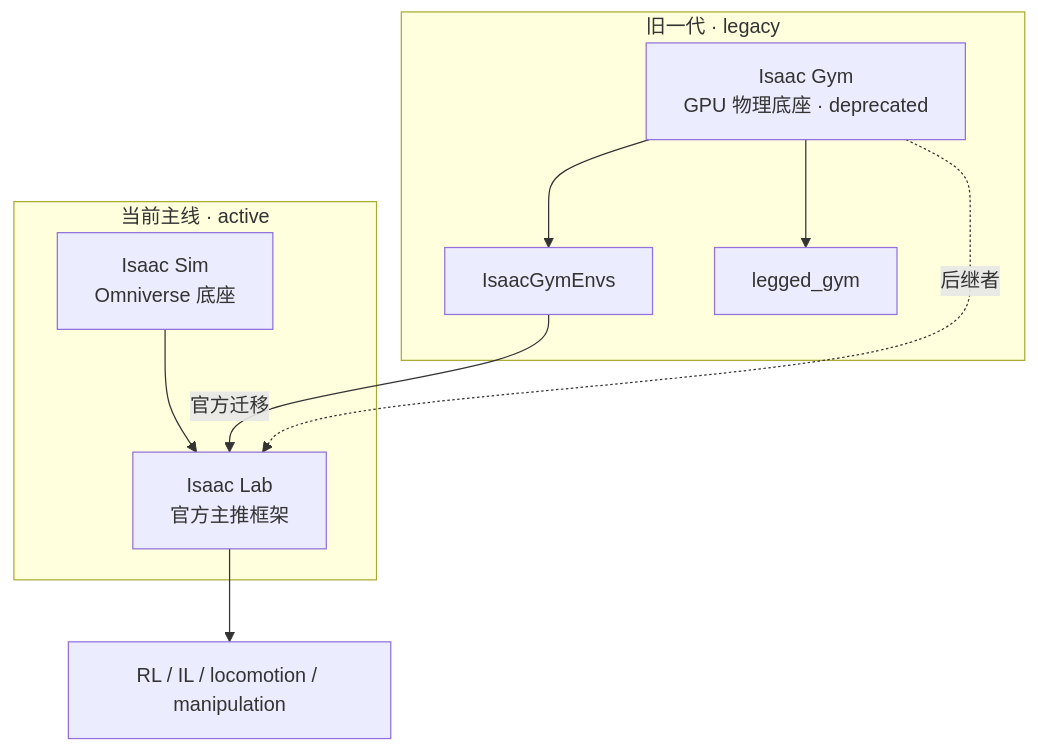
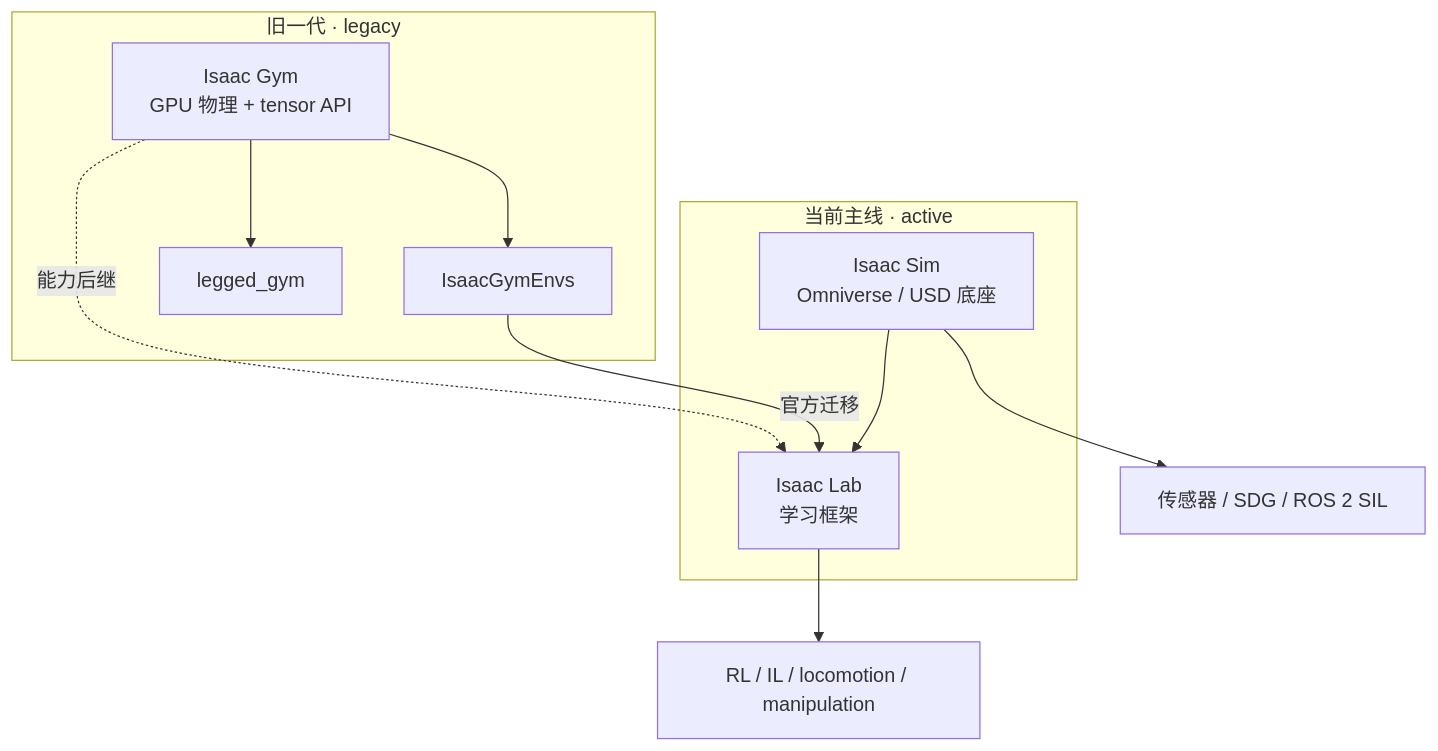
One commit to ImChong/Robotics_Notebooks changed the first of 2 diagrams in wiki/entities/isaac-gym-isaac-lab.md. Above: the diagram before and after it, drawn with Mermaid. The commit also changed other lines of this file and 23 other files, not shown here.

First line of the commit message:
[2026-07-21] structural | Isaac Gym/Sim/Lab 独立节点补齐运行时序图与类图

````diff
--- a/wiki/entities/isaac-gym-isaac-lab.md
+++ b/wiki/entities/isaac-gym-isaac-lab.md
@@ -136,18 +58,19 @@
 ```mermaid
 flowchart TB
   subgraph legacy["旧一代 · legacy"]
-    IG[Isaac Gym\nGPU 物理底座 · deprecated]
+    IG[Isaac Gym\nGPU 物理 + tensor API]
     IGE[IsaacGymEnvs]
     LG[legged_gym]
     IG --> IGE
     IG --> LG
   end
   subgraph current["当前主线 · active"]
-    SIM[Isaac Sim\nOmniverse 底座]
-    LAB[Isaac Lab\n官方主推框架]
+    SIM[Isaac Sim\nOmniverse / USD 底座]
+    LAB[Isaac Lab\n学习框架]
     SIM --> LAB
   end
   IGE -->|官方迁移| LAB
-  IG -.->|后继者| LAB
+  IG -.->|能力后继| LAB
   LAB --> APP[RL / IL / locomotion / manipulation]
+  SIM --> SIL[传感器 / SDG / ROS 2 SIL]
 ```
````
